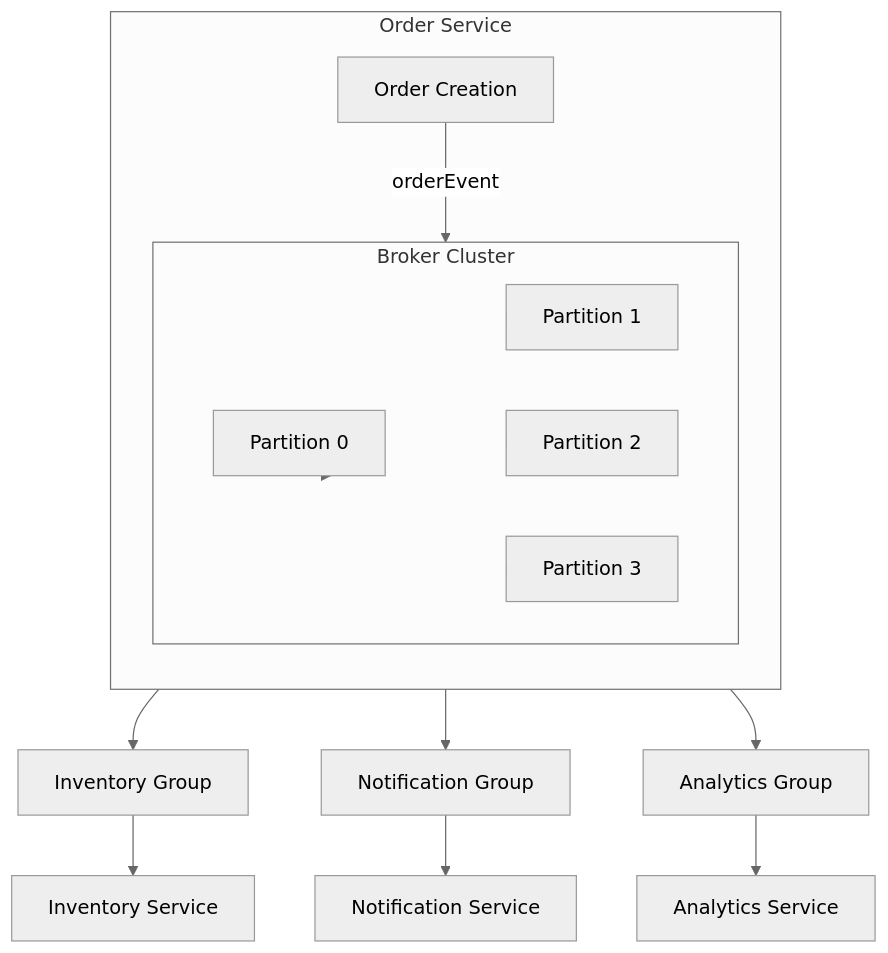
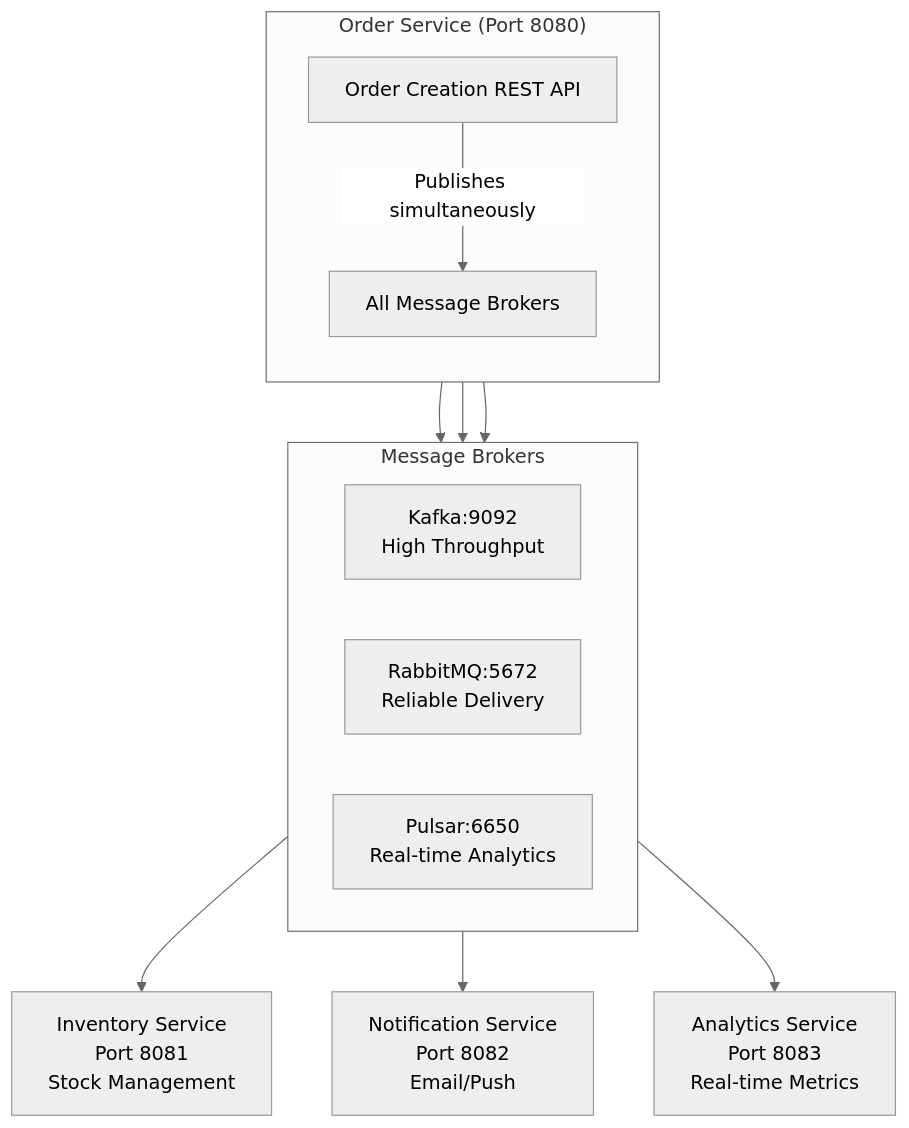
The first of 2 diagrams in README.md (vanillacake369/message-bus-poc), drawn with Mermaid (neutral theme) before and after one commit. The commit also changed other lines of this file and 1 other file, not shown here.

````diff
--- a/README.md
+++ b/README.md
@@ -50,30 +107,26 @@
 ```mermaid
 flowchart TB
-  %% Producer → Broker → Each Consumer Group
-  subgraph Producer["Order Service"]
+  %% Order Service publishes to all brokers
+  subgraph Publisher["Order Service (Port 8080)"]
     direction TB
-    P[Order Creation]
-    P -->|orderEvent| Broker[Message Broker Cluster]
+    P[Order Creation REST API]
+    P -->|Publishes simultaneously| AllBrokers[All Message Brokers]
   end
 
-  subgraph Broker["Broker Cluster"]
+  %% Each broker handles specific consumer
+  subgraph Brokers["Message Brokers"]
     direction LR
-    P0[Partition 0]
-    P1[Partition 1]
-    P2[Partition 2]
-    P3[Partition 3]
-    Broker --> P0
-    Broker --> P1
-    Broker --> P2
-    Broker --> P3
+    Kafka[Kafka:9092<br/>High Throughput]
+    RabbitMQ[RabbitMQ:5672<br/>Reliable Delivery]
+    Pulsar[Pulsar:6650<br/>Real-time Analytics]
   end
 
-  %% Consumer Groups
-  Broker --> InventoryGroup["Inventory Group"]
-  Broker --> NotificationGroup["Notification Group"]
-  Broker --> AnalyticsGroup["Analytics Group"]
+  %% Dedicated consumers per broker
+  AllBrokers --> Kafka
+  AllBrokers --> RabbitMQ
+  AllBrokers --> Pulsar
 
-  InventoryGroup --> InvSvc[Inventory Service]
-  NotificationGroup --> NotifSvc[Notification Service]
-  AnalyticsGroup --> AnalSvc[Analytics Service]
+  Kafka --> InvSvc[Inventory Service<br/>Port 8081<br/>Stock Management]
+  RabbitMQ --> NotifSvc[Notification Service<br/>Port 8082<br/>Email/Push]
+  Pulsar --> AnalSvc[Analytics Service<br/>Port 8083<br/>Real-time Metrics]
 ```
````
